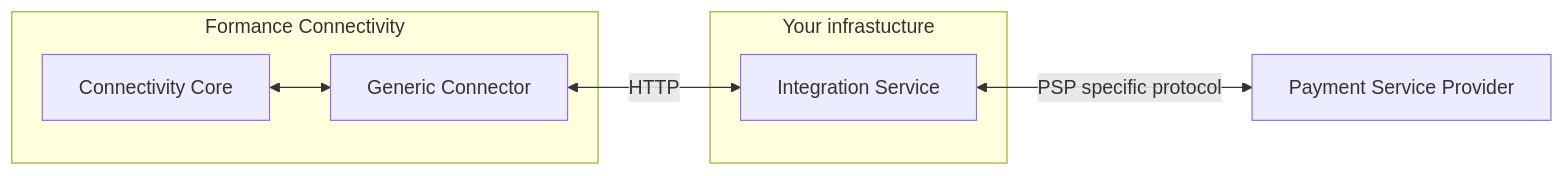
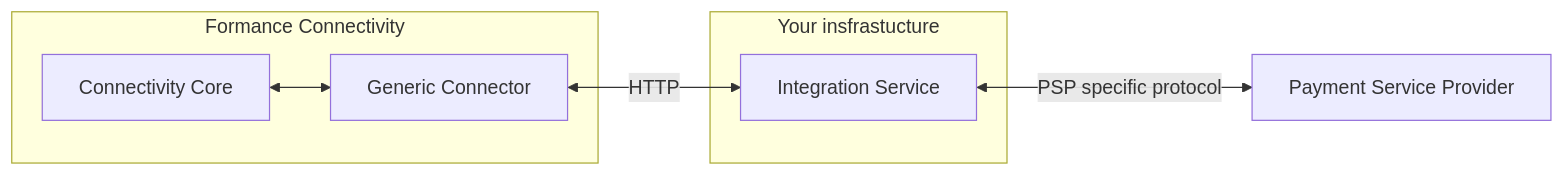
The diagram in docs/payments/connectors/generic/getting-started.md (formancehq/docs), drawn with Mermaid before and after one commit. The commit also changed other lines of this file and 335 other files, not shown here.

````diff
--- a/docs/payments/connectors/generic/getting-started.md
+++ b/docs/payments/connectors/generic/getting-started.md
@@ -14,14 +12,14 @@
 ```mermaid
 graph LR
   Connectivity["Connectivity Core"]
   connector["Generic Connector"]
   service["Integration Service"]
   psp["Payment Service Provider"]
   subgraph Formance Connectivity
     Connectivity <--> connector
   end
-  subgraph Your infrastucture
+  subgraph Your insfrastucture
     connector <-- HTTP --> service
   end
   service <-- PSP specific protocol --> psp
 ```
````
